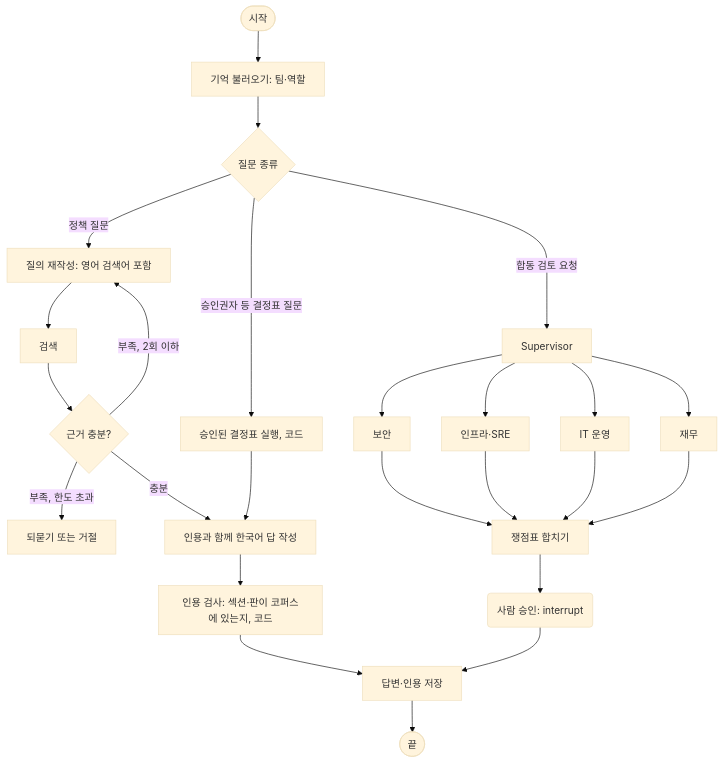
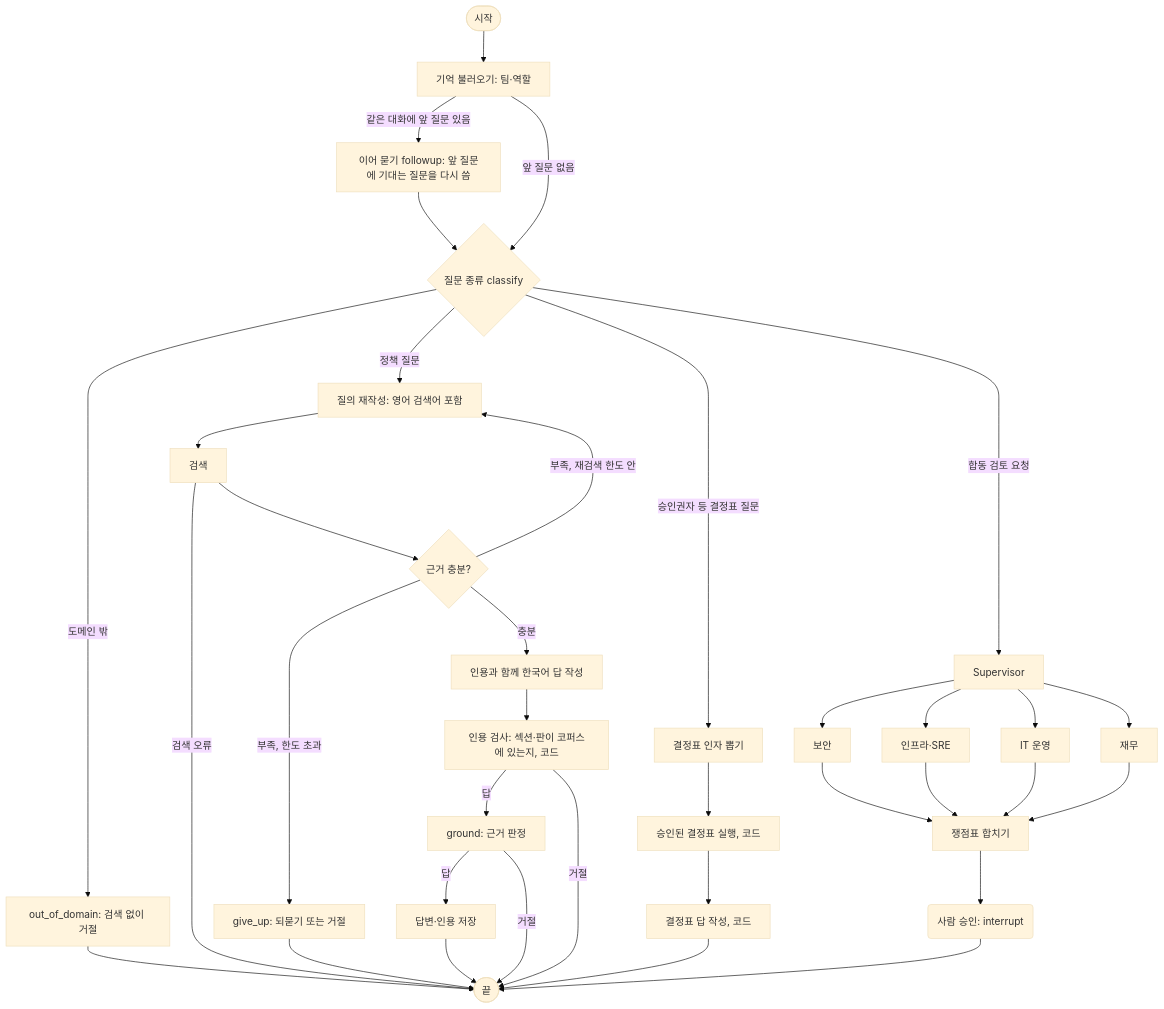
The second of 2 diagrams in docs/SDD.md (seungwook-kim/provena), drawn with Mermaid (base theme) before and after one commit. The commit also changed other lines of this file and 330 other files, not shown here.

````diff
--- a/docs/SDD.md
+++ b/docs/SDD.md
@@ -243,21 +243,32 @@
 ```mermaid
 flowchart TD
   S([시작]) --> M[기억 불러오기: 팀·역할]
-  M --> R{질문 종류}
+  M -->|같은 대화에 앞 질문 있음| F[이어 묻기 followup: 앞 질문에 기대는 질문을 다시 씀]
+  M -->|앞 질문 없음| R{질문 종류 classify}
+  F --> R
+  R -->|도메인 밖| O[out_of_domain: 검색 없이 거절]
   R -->|정책 질문| Q[질의 재작성: 영어 검색어 포함]
   Q --> SR[검색]
+  SR -->|검색 오류| E([끝])
   SR --> G{근거 충분?}
-  G -->|부족, 2회 이하| Q
-  G -->|부족, 한도 초과| X[되묻기 또는 거절]
+  G -->|부족, 재검색 한도 안| Q
+  G -->|부족, 한도 초과| X[give_up: 되묻기 또는 거절]
   G -->|충분| A[인용과 함께 한국어 답 작성]
   A --> V[인용 검사: 섹션·판이 코퍼스에 있는지, 코드]
-  V --> L[답변·인용 저장]
-  R -->|승인권자 등 결정표 질문| D[승인된 결정표 실행, 코드]
-  D --> A
+  V -->|답| GR[ground: 근거 판정]
+  V -->|거절| E
+  GR -->|답| L[답변·인용 저장]
+  GR -->|거절| E
+  R -->|승인권자 등 결정표 질문| DP[결정표 인자 뽑기]
+  DP --> D[승인된 결정표 실행, 코드]
+  D --> DA[결정표 답 작성, 코드]
   R -->|합동 검토 요청| SUP[Supervisor]
   SUP --> D1[보안] & D2[인프라·SRE] & D3[IT 운영] & D4[재무]
   D1 & D2 & D3 & D4 --> IT[쟁점표 합치기]
   IT --> H1(사람 승인: interrupt)
-  H1 --> L
-  L --> E([끝])
+  H1 --> E
+  O --> E
+  X --> E
+  DA --> E
+  L --> E
 ```
````
